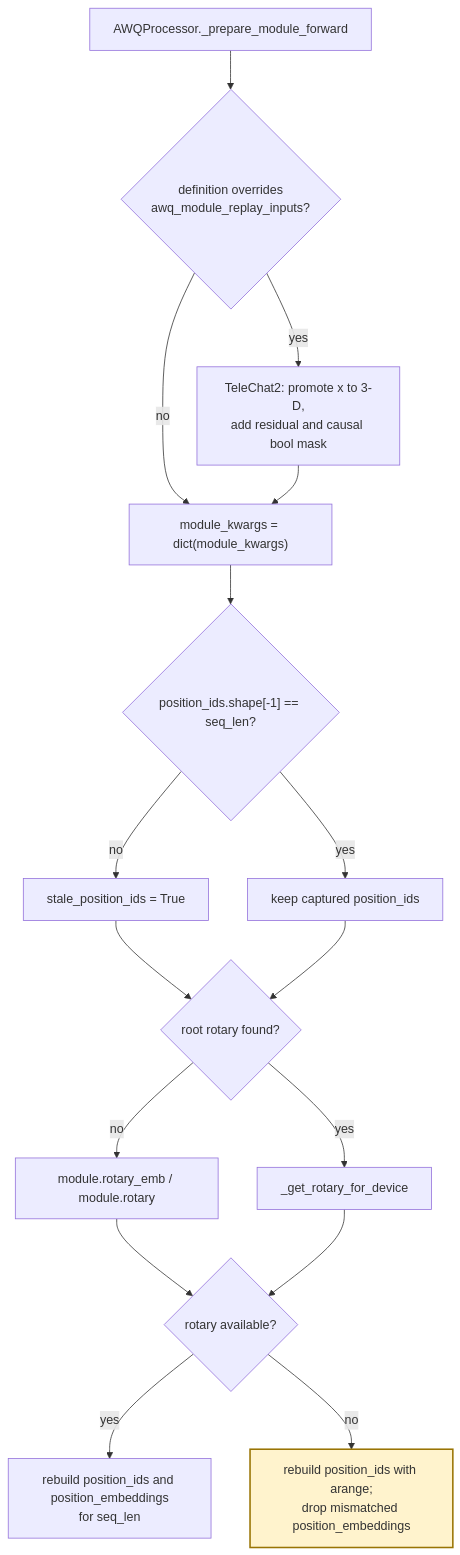
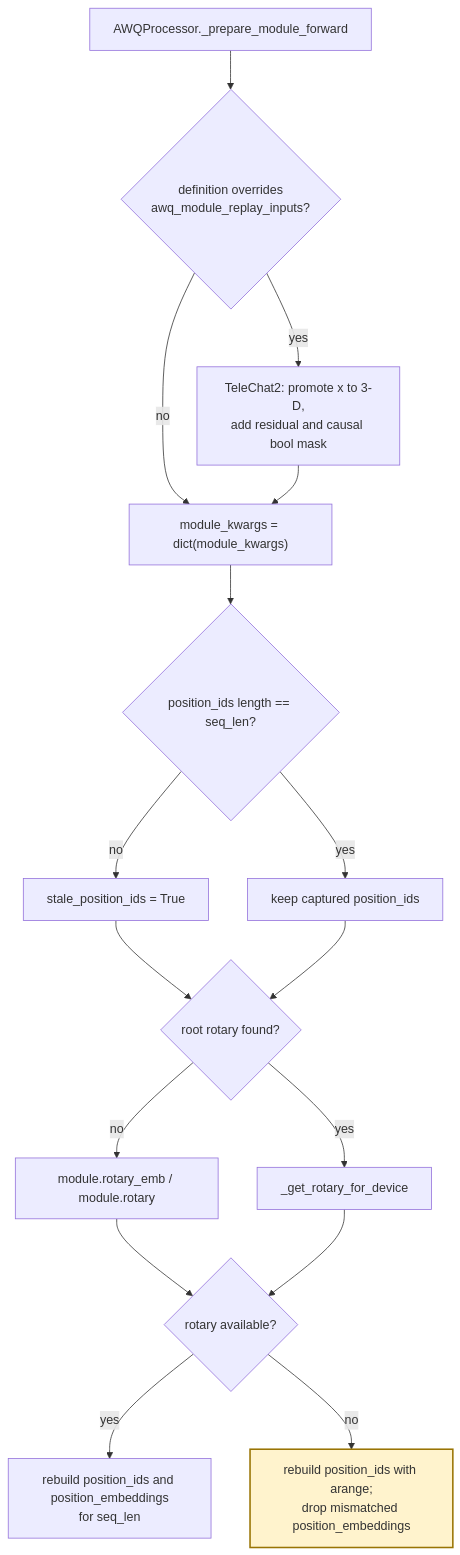
The third of 5 diagrams in docs/awq-scaling-groups.md (ModelCloud/GPTQModel), drawn with Mermaid before and after one commit. The commit also changed other lines of this file, not shown here.

Commit message:
docs(awq): keep Mermaid labels bracket-free so GitHub renders them

````diff
--- a/docs/awq-scaling-groups.md
+++ b/docs/awq-scaling-groups.md
@@ -201,19 +201,19 @@
 ```mermaid
 flowchart TD
     A["AWQProcessor._prepare_module_forward"] --> B{"definition overrides<br/>awq_module_replay_inputs?"}
     B -- "yes" --> C["TeleChat2: promote x to 3-D,<br/>add residual and causal bool mask"]
     B -- "no" --> D["module_kwargs = dict(module_kwargs)"]
     C --> D
-    D --> E{"position_ids.shape[-1] == seq_len?"}
+    D --> E{"position_ids length == seq_len?"}
     E -- "no" --> F["stale_position_ids = True"]
     E -- "yes" --> G["keep captured position_ids"]
     F --> H{"root rotary found?"}
     G --> H
     H -- "no" --> I["module.rotary_emb / module.rotary"]
     H -- "yes" --> J["_get_rotary_for_device"]
     I --> K{"rotary available?"}
     J --> K
     K -- "yes" --> L["rebuild position_ids and position_embeddings<br/>for seq_len"]
     K -- "no" --> M["rebuild position_ids with arange;<br/>drop mismatched position_embeddings"]
     style M fill:#fff3cd,stroke:#997404,stroke-width:2px
 ```
````
